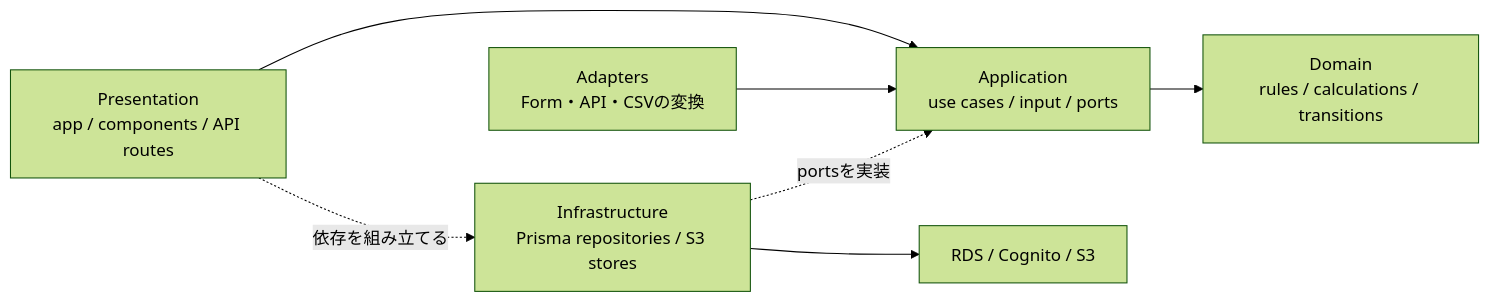
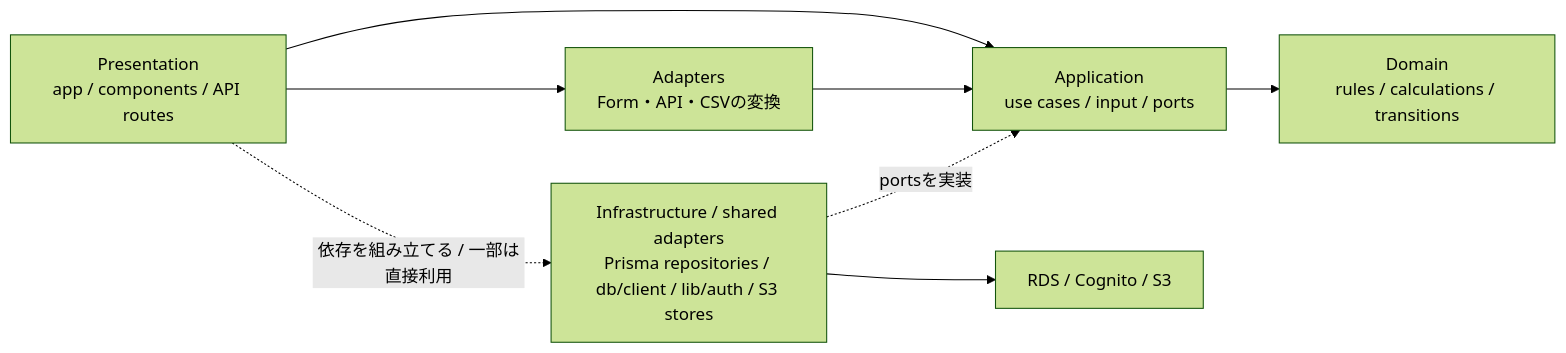
Before and after one commit to nanashi7c/mono-log_v0: the second of 3 diagrams in README.md, drawn with Mermaid (forest theme). The commit also changed other lines of this file, not shown here.

````diff
--- a/README.md
+++ b/README.md
@@ -72,9 +87,10 @@
 ```mermaid
 flowchart LR
     Presentation["Presentation<br/>app / components / API routes"] --> Application["Application<br/>use cases / input / ports"]
+    Presentation --> Adapters
     Application --> Domain["Domain<br/>rules / calculations / transitions"]
-    Infrastructure["Infrastructure<br/>Prisma repositories / S3 stores"] -. "portsを実装" .-> Application
-    Presentation -. "依存を組み立てる" .-> Infrastructure
+    Infrastructure["Infrastructure / shared adapters<br/>Prisma repositories / db/client / lib/auth / S3 stores"] -. "portsを実装" .-> Application
+    Presentation -. "依存を組み立てる / 一部は直接利用" .-> Infrastructure
     Adapters["Adapters<br/>Form・API・CSVの変換"] --> Application
     Infrastructure --> External["RDS / Cognito / S3"]
 ```
````
